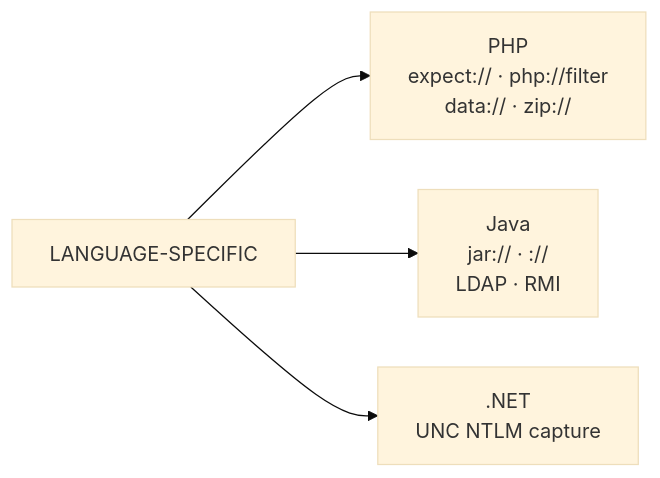
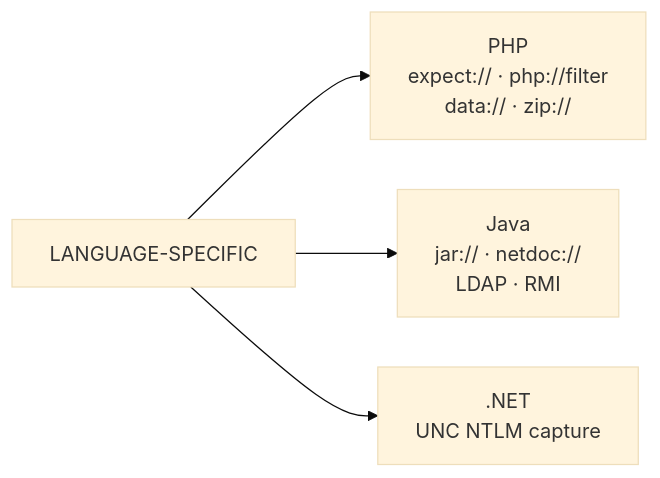
One commit to HansMolemanPNG/hansmolemanpng.github.io changed the third of 4 diagrams in docs/kb/injection-attacks/xxe.md. Above: the diagram before and after it, drawn with Mermaid.

````diff
--- a/docs/kb/injection-attacks/xxe.md
+++ b/docs/kb/injection-attacks/xxe.md
@@ -386,9 +386,9 @@
 ```mermaid
 %%{init: {'theme': 'base', 'flowchart': {'rankSpacing': 60, 'nodeSpacing': 40}}}%%
 graph LR
 
     LS[LANGUAGE-SPECIFIC]
     LS --> LS1[PHP\nexpect:// · php://filter\ndata:// · zip://]
-    LS --> LS2[Java\njar:// · ://\nLDAP · RMI]
+    LS --> LS2[Java\njar:// · netdoc://\nLDAP · RMI]
     LS --> LS3[.NET\nUNC NTLM capture]
 ```
````
